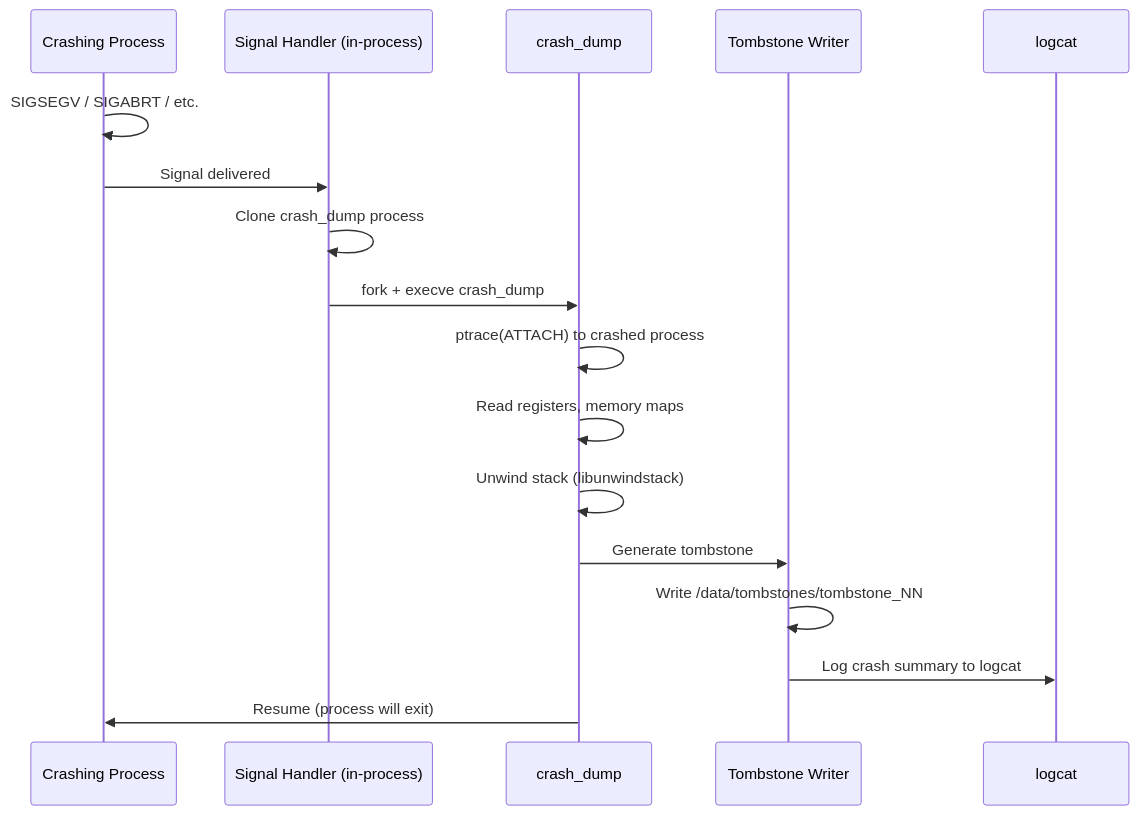
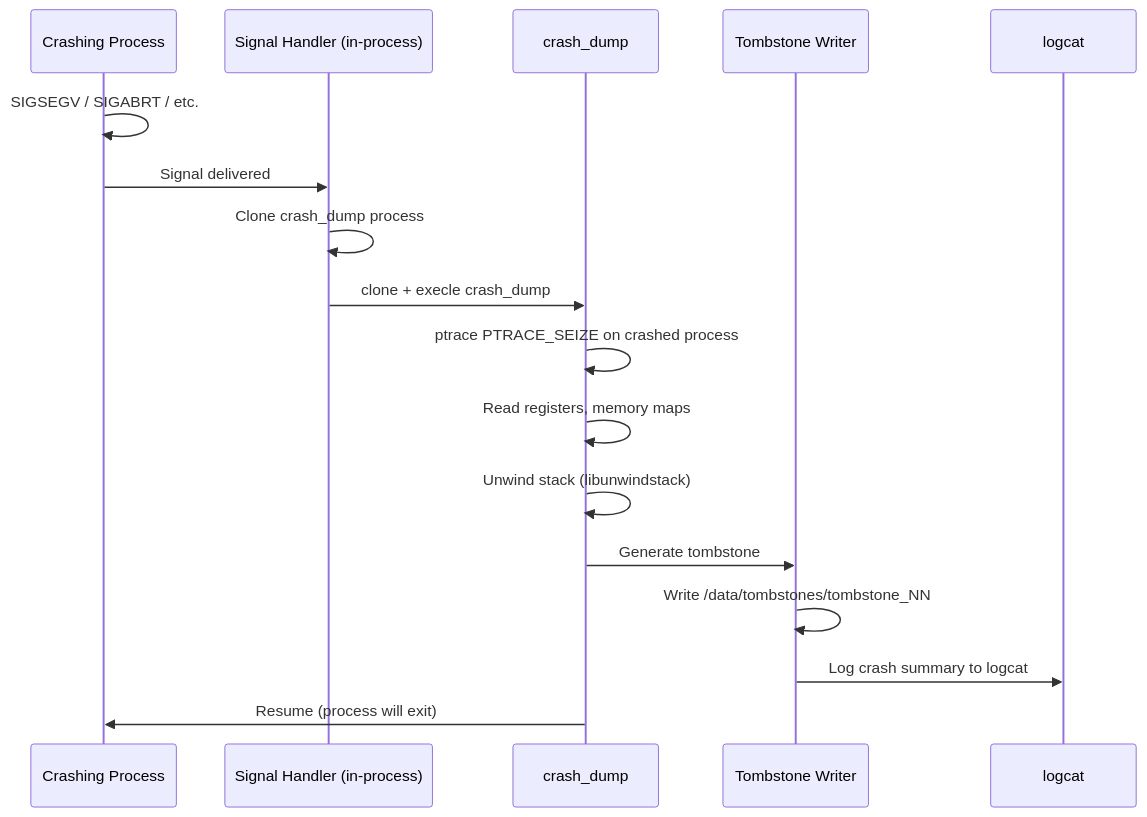
One commit to aospbooks/aosp-internal-book changed diagram 22 of 23 in agents/claude/skills/aosp-kernel-and-boot/05-kernel.md. Above: the diagram before and after it, drawn with Mermaid. The commit also changed other lines of this file and 218 other files, not shown here.

````diff
--- a/agents/claude/skills/aosp-kernel-and-boot/05-kernel.md
+++ b/agents/claude/skills/aosp-kernel-and-boot/05-kernel.md
@@ -2691,20 +2746,20 @@
 ```mermaid
 sequenceDiagram
     participant P as Crashing Process
     participant SH as Signal Handler (in-process)
     participant CD as crash_dump
     participant TS as Tombstone Writer
     participant LOG as logcat
 
     P->>P: SIGSEGV / SIGABRT / etc.
     P->>SH: Signal delivered
     SH->>SH: Clone crash_dump process
-    SH->>CD: fork + execve crash_dump
-    CD->>CD: ptrace(ATTACH) to crashed process
+    SH->>CD: clone + execle crash_dump
+    CD->>CD: ptrace PTRACE_SEIZE on crashed process
     CD->>CD: Read registers, memory maps
     CD->>CD: Unwind stack (libunwindstack)
     CD->>TS: Generate tombstone
     TS->>TS: Write /data/tombstones/tombstone_NN
     TS->>LOG: Log crash summary to logcat
     CD->>P: Resume (process will exit)
 ```
````
